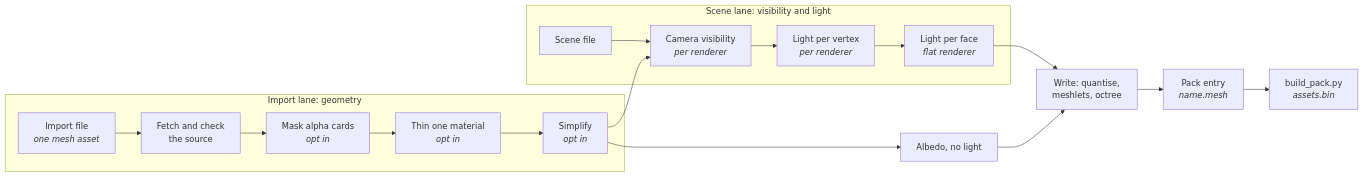
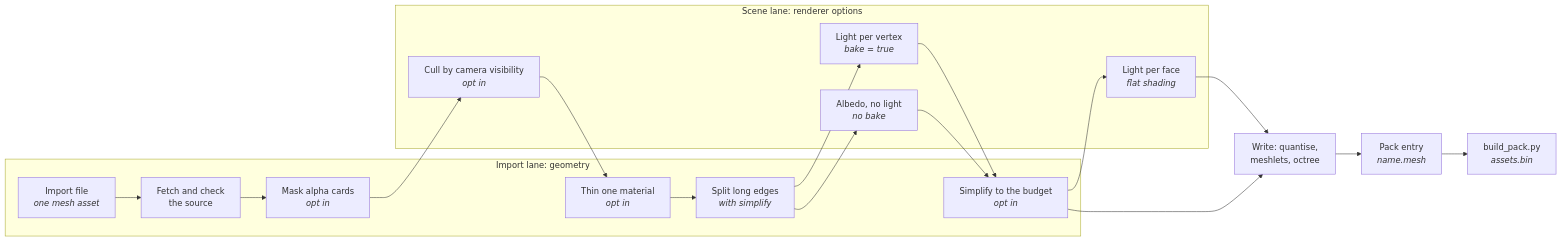
The first of 4 diagrams in docs/render/Mesh-Import.md (jose-villegas/autana), drawn with Mermaid before and after one commit. The commit also changed other lines of this file and 22 other files, not shown here.

Commit message:
r3d: a job carries its renderer's effective bake; reference keyed by object; the scene owns its camera tracks; suites find meshes by entity

````diff
--- a/docs/render/Mesh-Import.md
+++ b/docs/render/Mesh-Import.md
@@ -7,20 +7,23 @@
 ```mermaid
 flowchart LR
     subgraph Import_lane["Import lane: geometry"]
     Import["Import file<br/><i>one mesh asset</i>"] --> Fetch["Fetch and check<br/>the source"]
-    Fetch --> Mask["Mask alpha cards<br/><i>opt in</i>"]
-    Mask --> Thin["Thin one material<br/><i>opt in</i>"]
-    Thin --> Simp["Simplify<br/><i>opt in</i>"]
+    Mask["Mask alpha cards<br/><i>opt in</i>"]
+    Thin["Thin one material<br/><i>opt in</i>"]
+    Dense["Split long edges<br/><i>with simplify</i>"]
+    Simp["Simplify to the budget<br/><i>opt in</i>"]
     end
-    subgraph Scene_lane["Scene lane: visibility and light"]
-    Scene["Scene file"] --> Vis["Camera visibility<br/><i>per renderer</i>"]
-    Vis --> Lit["Light per vertex<br/><i>per renderer</i>"]
-    Lit --> Face["Light per face<br/><i>flat renderer</i>"]
+    subgraph Scene_lane["Scene lane: renderer options"]
+    Vis["Cull by camera visibility<br/><i>opt in</i>"]
+    Lit["Light per vertex<br/><i>bake = true</i>"]
+    Albedo["Albedo, no light<br/><i>no bake</i>"]
+    Face["Light per face<br/><i>flat shading</i>"]
     end
-    Simp --> Vis
-    Simp --> Albedo["Albedo, no light"]
-    Albedo --> Write["Write: quantise,<br/>meshlets, octree"]
-    Face --> Write
+    Fetch --> Mask --> Vis --> Thin --> Dense
+    Dense --> Lit --> Simp
+    Dense --> Albedo --> Simp
+    Simp --> Face --> Write["Write: quantise,<br/>meshlets, octree"]
+    Simp --> Write
     Write --> Entry["Pack entry<br/><i>name.mesh</i>"]
     Entry --> Pack["build_pack.py<br/><i>assets.bin</i>"]
 ```
````
